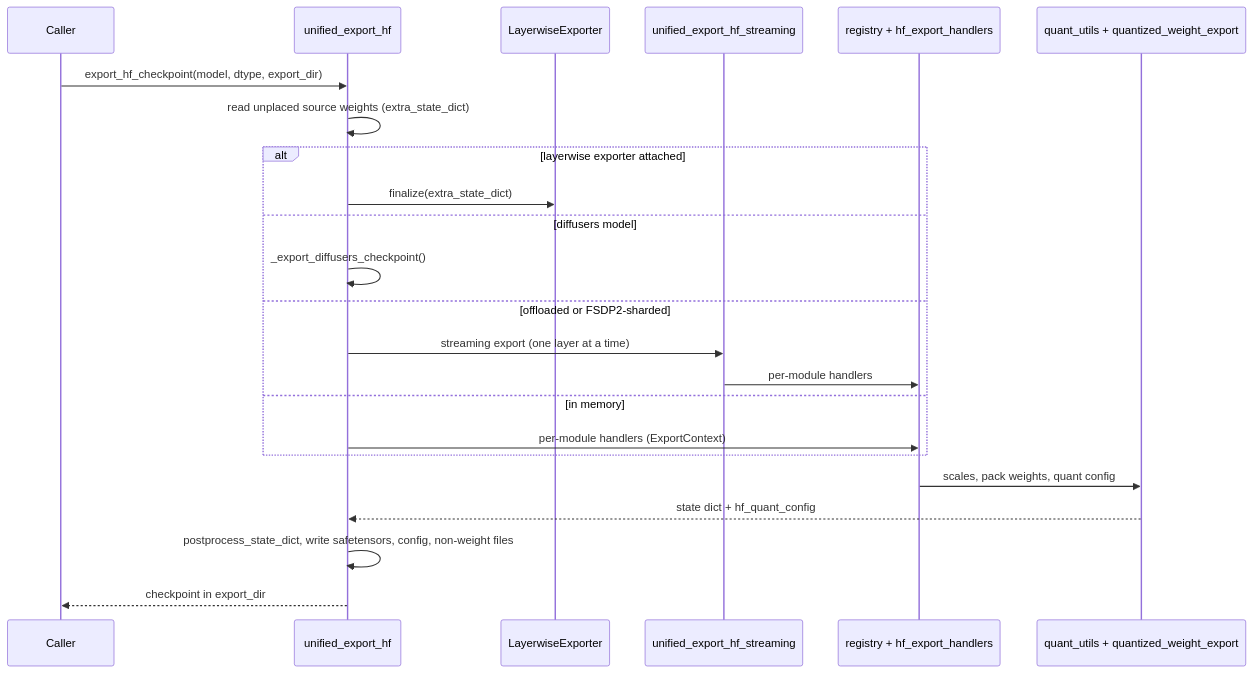
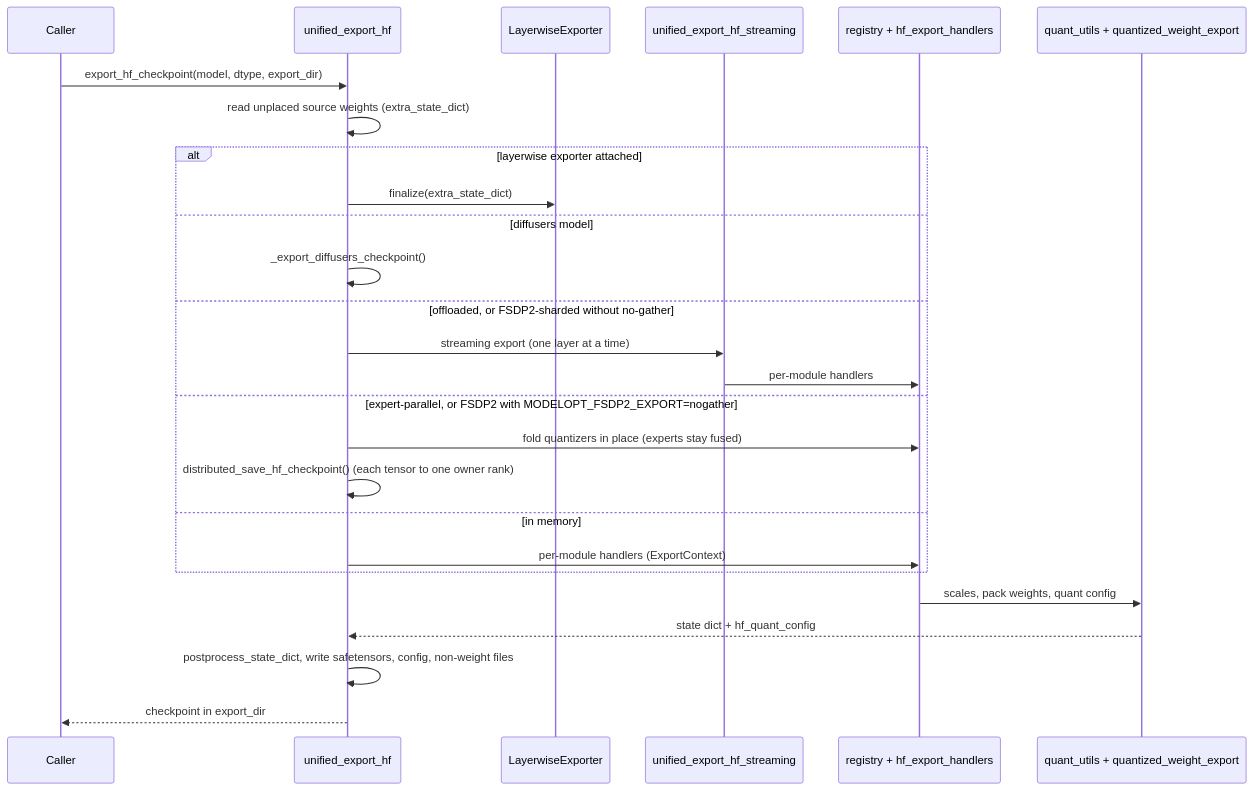
Before and after one commit to saiprakash-c/Model-Optimizer: the second of 2 diagrams in modelopt/torch/export/README.md, drawn with Mermaid. The commit also changed other lines of this file and 7 other files, not shown here.

````diff
--- a/modelopt/torch/export/README.md
+++ b/modelopt/torch/export/README.md
@@ -63,25 +63,28 @@
 ```mermaid
 sequenceDiagram
     participant U as Caller
     participant H as unified_export_hf
     participant L as LayerwiseExporter
     participant S as unified_export_hf_streaming
     participant R as registry + hf_export_handlers
     participant Q as quant_utils + quantized_weight_export
     U->>H: export_hf_checkpoint(model, dtype, export_dir)
     H->>H: read unplaced source weights (extra_state_dict)
     alt layerwise exporter attached
         H->>L: finalize(extra_state_dict)
     else diffusers model
         H->>H: _export_diffusers_checkpoint()
-    else offloaded or FSDP2-sharded
+    else offloaded, or FSDP2-sharded without no-gather
         H->>S: streaming export (one layer at a time)
         S->>R: per-module handlers
+    else expert-parallel, or FSDP2 with MODELOPT_FSDP2_EXPORT=nogather
+        H->>R: fold quantizers in place (experts stay fused)
+        H->>H: distributed_save_hf_checkpoint() (each tensor to one owner rank)
     else in memory
         H->>R: per-module handlers (ExportContext)
     end
     R->>Q: scales, pack weights, quant config
     Q-->>H: state dict + hf_quant_config
     H->>H: postprocess_state_dict, write safetensors, config, non-weight files
     H-->>U: checkpoint in export_dir
 ```
````
